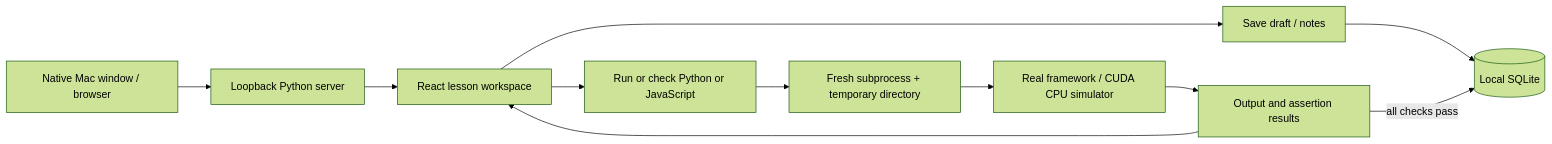
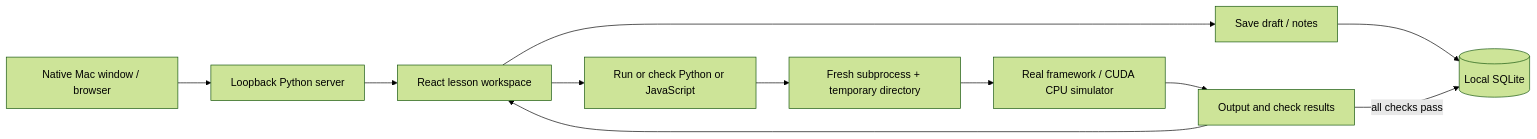
One commit to ShmalexM/ml-workshop changed the diagram in docs/architecture.md. Above: the diagram before and after it, drawn with Mermaid (forest theme). The commit also changed other lines of this file and 14 other files, not shown here.

````diff
--- a/docs/architecture.md
+++ b/docs/architecture.md
@@ -3,13 +3,13 @@
 ```mermaid
 flowchart LR
   A[Native Mac window / browser] --> B[Loopback Python server]
   B --> C[React lesson workspace]
   C --> D[Save draft / notes]
   D --> E[(Local SQLite)]
   C --> F[Run or check Python or JavaScript]
   F --> G[Fresh subprocess + temporary directory]
   G --> H[Real framework / CUDA CPU simulator]
-  H --> I[Output and assertion results]
+  H --> I[Output and check results]
   I --> C
   I -->|all checks pass| E
 ```
````
